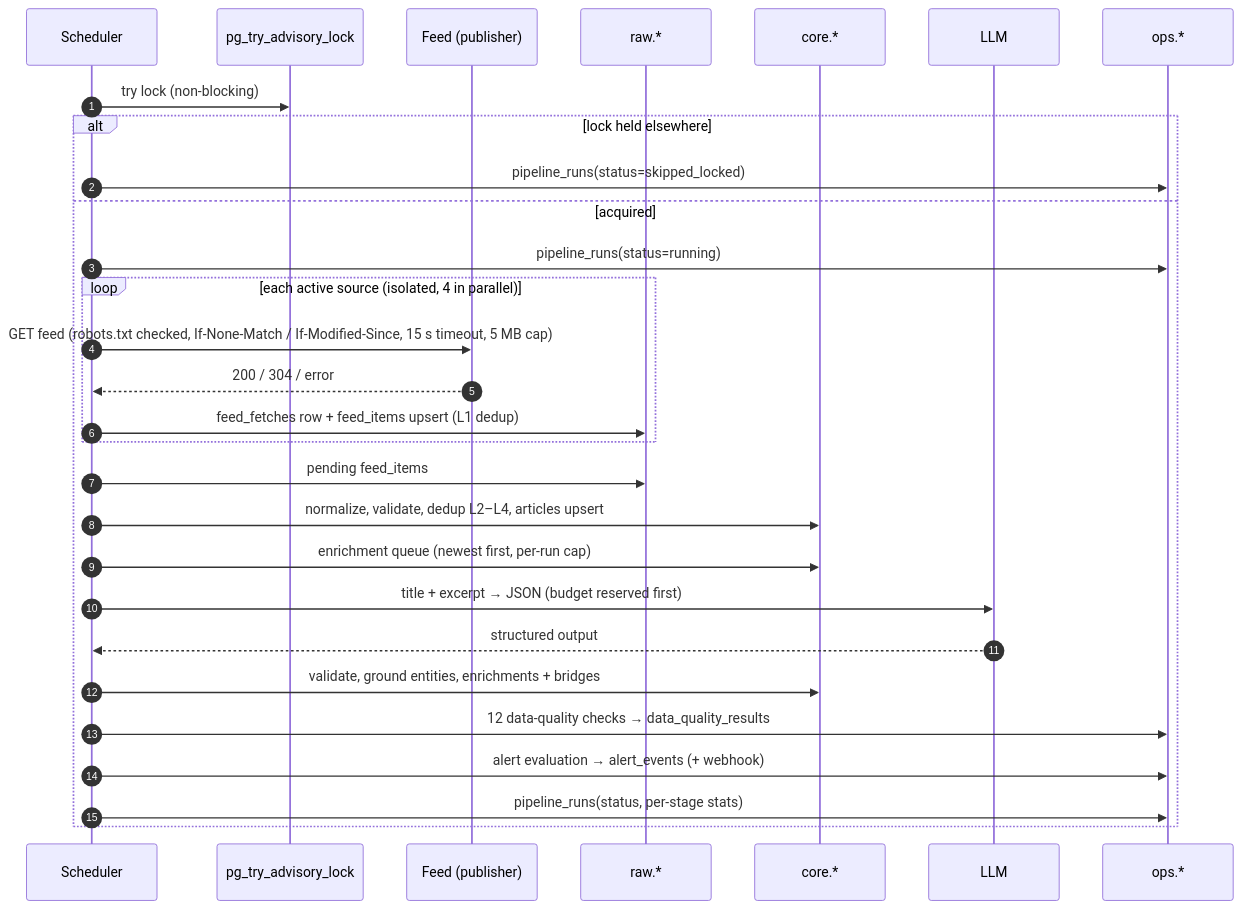
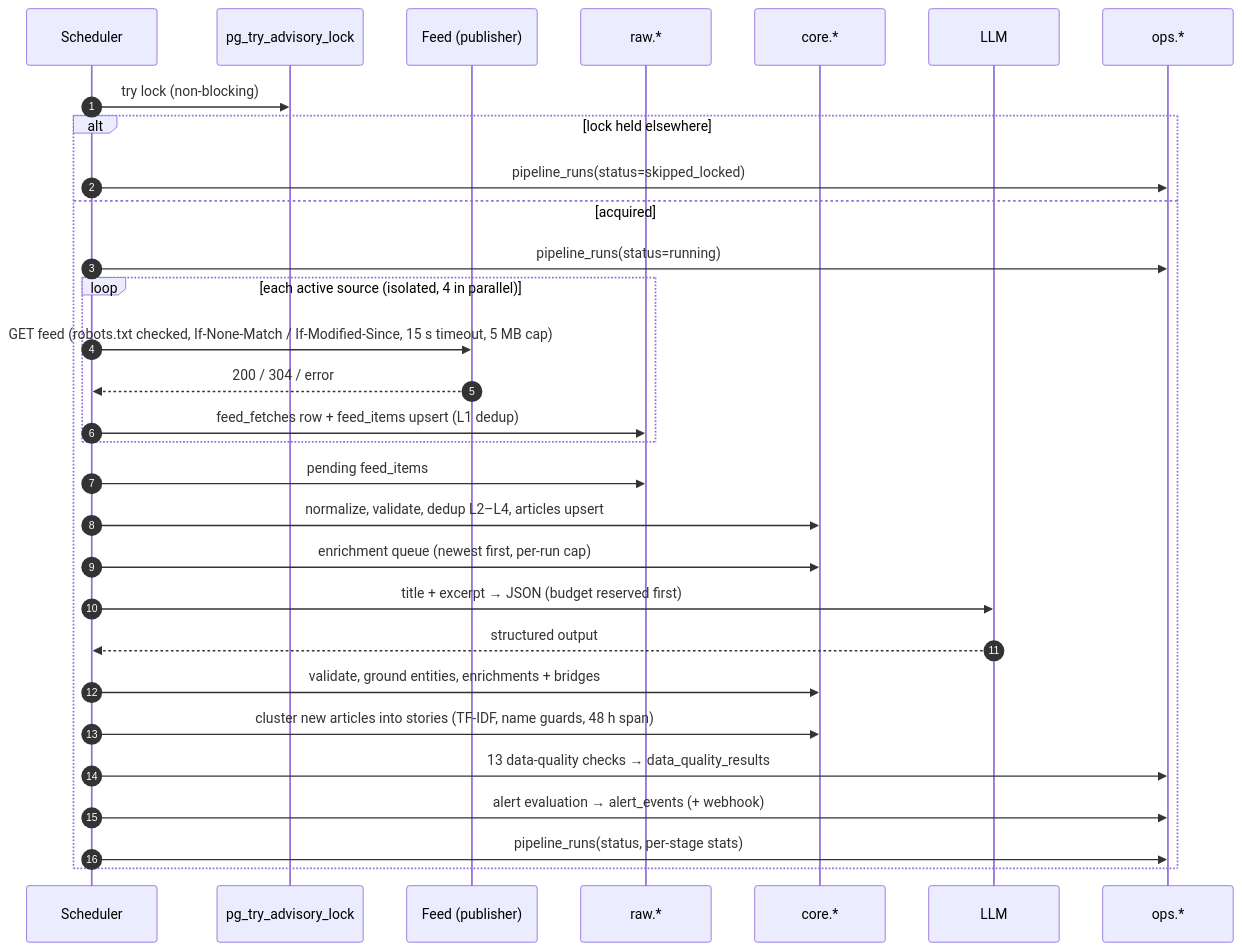
Before and after one commit to FlorentLatifi/Gjurm-: the second of 4 diagrams in docs/ARCHITECTURE.md, drawn with Mermaid. The commit also changed other lines of this file and 13 other files, not shown here.

First line of the commit message:
fix(stories): merge Albanian name inflections; review shows why pairs stay apart

````diff
--- a/docs/ARCHITECTURE.md
+++ b/docs/ARCHITECTURE.md
@@ -47,31 +47,32 @@
 ```mermaid
 sequenceDiagram
     autonumber
     participant S as Scheduler
     participant L as pg_try_advisory_lock
     participant F as Feed (publisher)
     participant R as raw.*
     participant C as core.*
     participant M as LLM
     participant O as ops.*
     S->>L: try lock (non-blocking)
     alt lock held elsewhere
         S->>O: pipeline_runs(status=skipped_locked)
     else acquired
         S->>O: pipeline_runs(status=running)
         loop each active source (isolated, 4 in parallel)
             S->>F: GET feed (robots.txt checked, If-None-Match / If-Modified-Since, 15 s timeout, 5 MB cap)
             F-->>S: 200 / 304 / error
             S->>R: feed_fetches row + feed_items upsert (L1 dedup)
         end
         S->>R: pending feed_items
         S->>C: normalize, validate, dedup L2–L4, articles upsert
         S->>C: enrichment queue (newest first, per-run cap)
         S->>M: title + excerpt → JSON (budget reserved first)
         M-->>S: structured output
         S->>C: validate, ground entities, enrichments + bridges
-        S->>O: 12 data-quality checks → data_quality_results
+        S->>C: cluster new articles into stories (TF-IDF, name guards, 48 h span)
+        S->>O: 13 data-quality checks → data_quality_results
         S->>O: alert evaluation → alert_events (+ webhook)
         S->>O: pipeline_runs(status, per-stage stats)
     end
 ```
````
